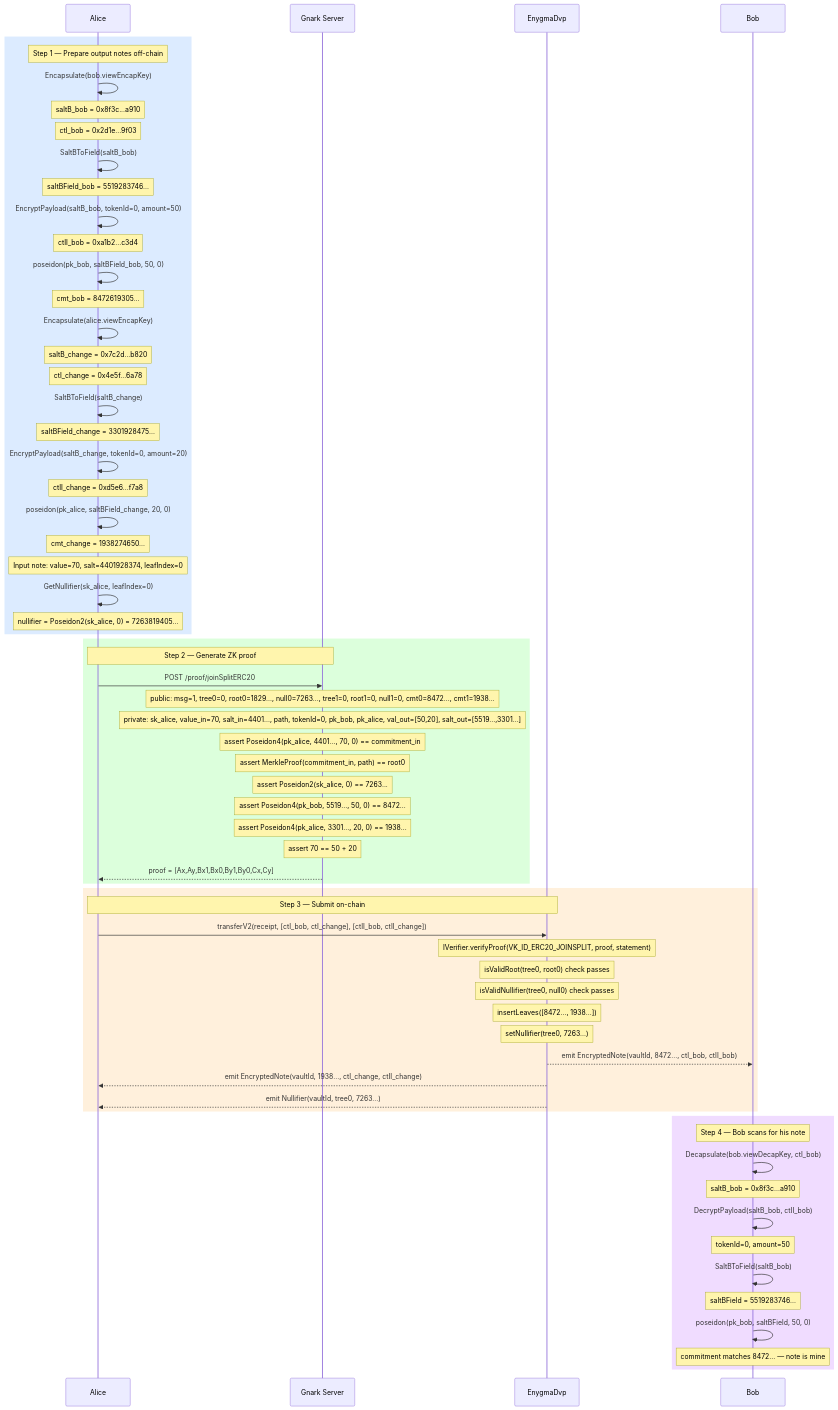
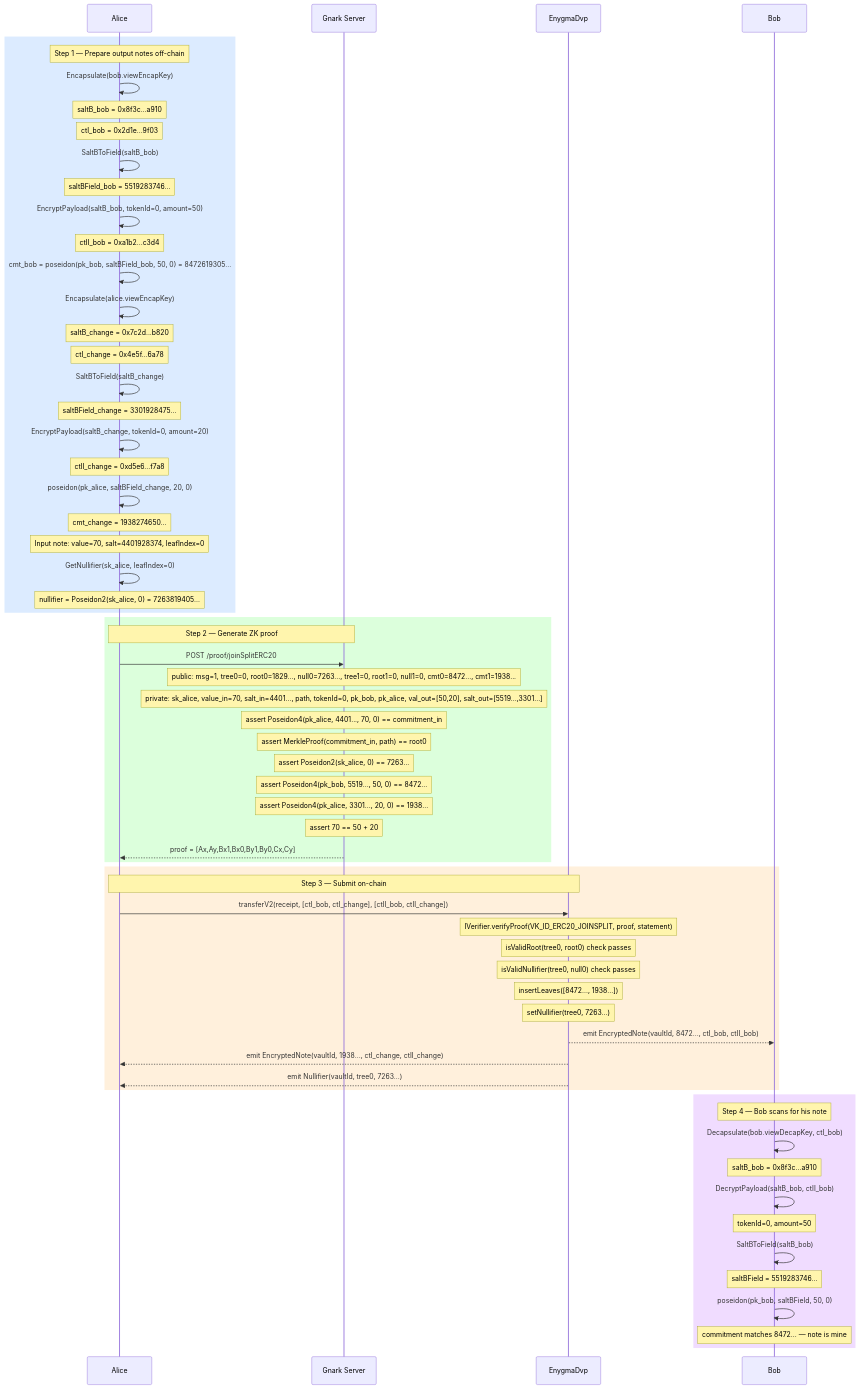
The diagram in enygma_dvp/docs/flows/03_transfer_erc20.md (yaksetig/Enygma), drawn with Mermaid before and after one commit. The commit also changed 4 other files, not shown here.

````diff
--- a/enygma_dvp/docs/flows/03_transfer_erc20.md
+++ b/enygma_dvp/docs/flows/03_transfer_erc20.md
@@ -99,79 +99,79 @@
 ```mermaid
 sequenceDiagram
     participant Alice
     participant Gnark as Gnark Server
     participant DVP as EnygmaDvp
     participant Bob
 
     rect rgb(220, 235, 255)
         Note over Alice: Step 1 — Prepare output notes off-chain
 
         Alice->>Alice: Encapsulate(bob.viewEncapKey)
         Note over Alice: saltB_bob = 0x8f3c...a910
         Note over Alice: ctI_bob   = 0x2d1e...9f03
         Alice->>Alice: SaltBToField(saltB_bob)
         Note over Alice: saltBField_bob = 5519283746...
         Alice->>Alice: EncryptPayload(saltB_bob, tokenId=0, amount=50)
         Note over Alice: ctII_bob = 0xa1b2...c3d4
-        Alice->>Alice: poseidon(pk_bob, saltBField_bob, 50, 0)
-        Note over Alice: cmt_bob = 8472619305...
+        Alice->>Alice: cmt_bob = poseidon(pk_bob, saltBField_bob, 50, 0)  = 8472619305...
+
 
         Alice->>Alice: Encapsulate(alice.viewEncapKey)
         Note over Alice: saltB_change = 0x7c2d...b820
         Note over Alice: ctI_change   = 0x4e5f...6a78
         Alice->>Alice: SaltBToField(saltB_change)
         Note over Alice: saltBField_change = 3301928475...
         Alice->>Alice: EncryptPayload(saltB_change, tokenId=0, amount=20)
         Note over Alice: ctII_change = 0xd5e6...f7a8
         Alice->>Alice: poseidon(pk_alice, saltBField_change, 20, 0)
         Note over Alice: cmt_change = 1938274650...
 
         Note over Alice: Input note: value=70, salt=4401928374, leafIndex=0
         Alice->>Alice: GetNullifier(sk_alice, leafIndex=0)
         Note over Alice: nullifier = Poseidon2(sk_alice, 0) = 7263819405...
     end
 
     rect rgb(220, 255, 220)
         Note over Alice,Gnark: Step 2 — Generate ZK proof
 
         Alice->>Gnark: POST /proof/joinSplitERC20
         Note over Gnark: public: msg=1, tree0=0, root0=1829..., null0=7263..., tree1=0, root1=0, null1=0, cmt0=8472..., cmt1=1938...
         Note over Gnark: private: sk_alice, value_in=70, salt_in=4401..., path, tokenId=0, pk_bob, pk_alice, val_out=[50,20], salt_out=[5519...,3301...]
         Note over Gnark: assert Poseidon4(pk_alice, 4401..., 70, 0) == commitment_in
         Note over Gnark: assert MerkleProof(commitment_in, path) == root0
         Note over Gnark: assert Poseidon2(sk_alice, 0) == 7263...
         Note over Gnark: assert Poseidon4(pk_bob, 5519..., 50, 0) == 8472...
         Note over Gnark: assert Poseidon4(pk_alice, 3301..., 20, 0) == 1938...
         Note over Gnark: assert 70 == 50 + 20
 
         Gnark-->>Alice: proof = [Ax,Ay,Bx1,Bx0,By1,By0,Cx,Cy]
     end
 
     rect rgb(255, 240, 220)
         Note over Alice,DVP: Step 3 — Submit on-chain
 
         Alice->>DVP: transferV2(receipt, [ctI_bob, ctI_change], [ctII_bob, ctII_change])
         Note over DVP: IVerifier.verifyProof(VK_ID_ERC20_JOINSPLIT, proof, statement)
         Note over DVP: isValidRoot(tree0, root0) check passes
         Note over DVP: isValidNullifier(tree0, null0) check passes
         Note over DVP: insertLeaves([8472..., 1938...])
         Note over DVP: setNullifier(tree0, 7263...)
 
         DVP-->>Bob: emit EncryptedNote(vaultId, 8472..., ctI_bob, ctII_bob)
         DVP-->>Alice: emit EncryptedNote(vaultId, 1938..., ctI_change, ctII_change)
         DVP-->>Alice: emit Nullifier(vaultId, tree0, 7263...)
     end
 
     rect rgb(240, 220, 255)
         Note over Bob: Step 4 — Bob scans for his note
 
         Bob->>Bob: Decapsulate(bob.viewDecapKey, ctI_bob)
         Note over Bob: saltB_bob = 0x8f3c...a910
         Bob->>Bob: DecryptPayload(saltB_bob, ctII_bob)
         Note over Bob: tokenId=0, amount=50
         Bob->>Bob: SaltBToField(saltB_bob)
         Note over Bob: saltBField = 5519283746...
         Bob->>Bob: poseidon(pk_bob, saltBField, 50, 0)
         Note over Bob: commitment matches 8472... — note is mine
     end
 ```
````
